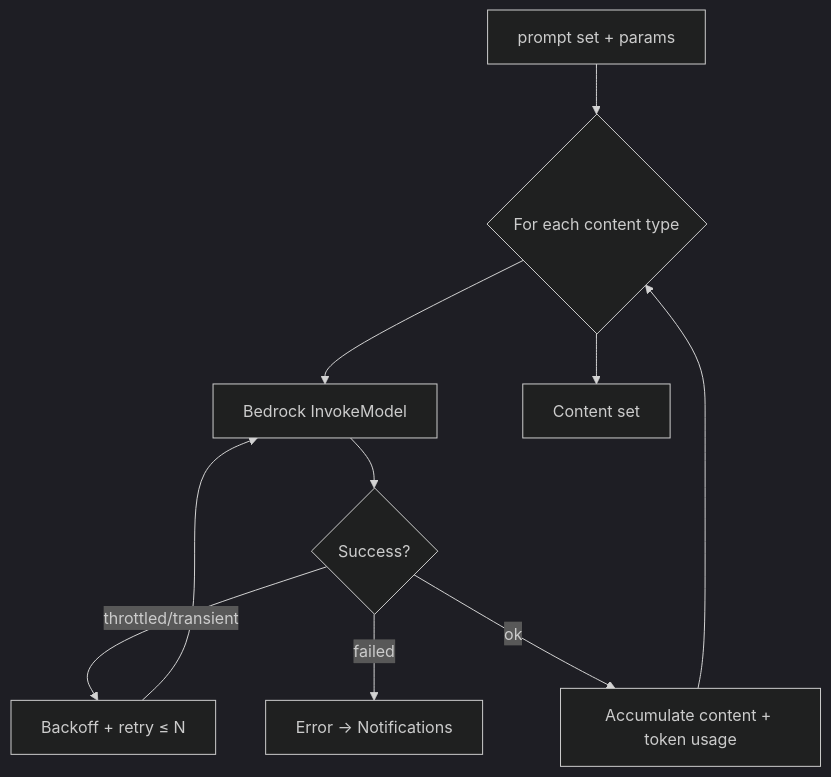
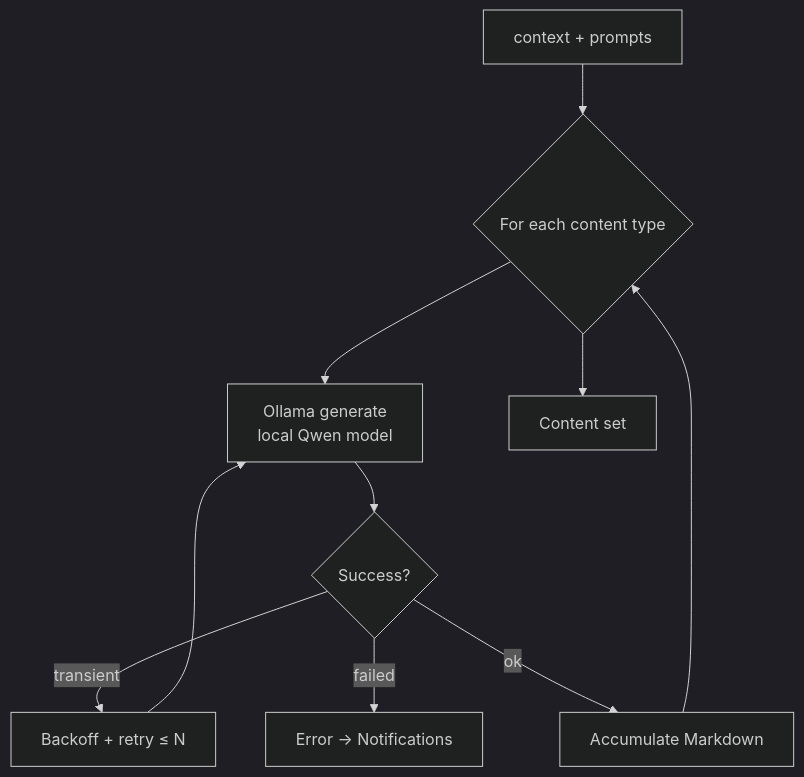
The fourth of 6 diagrams in docs/workflows.md (teddynted/ai-github-repository-blog-generator), drawn with Mermaid (dark theme) before and after one commit. The commit also changed other lines of this file and 12 other files, not shown here.

First line of the commit message:
docs: pivot to self-hosted OpenClaw + Ollama + EC2 Spot architecture

````diff
--- a/docs/workflows.md
+++ b/docs/workflows.md
@@ -121,12 +91,12 @@
 ```mermaid
 flowchart TB
-    P[prompt set + params] --> LOOP{For each content type}
-    LOOP --> B[Bedrock InvokeModel]
-    B --> C{Success?}
-    C -- throttled/transient --> RB[Backoff + retry ≤ N]
-    RB --> B
+    P[context + prompts] --> LOOP{For each content type}
+    LOOP --> OL[Ollama generate<br/>local Qwen model]
+    OL --> C{Success?}
+    C -- transient --> RB[Backoff + retry ≤ N]
+    RB --> OL
     C -- failed --> E[Error → Notifications]
-    C -- ok --> ACC[Accumulate content + token usage]
+    C -- ok --> ACC[Accumulate Markdown]
     ACC --> LOOP
     LOOP --> O[Content set]
 ```
````
